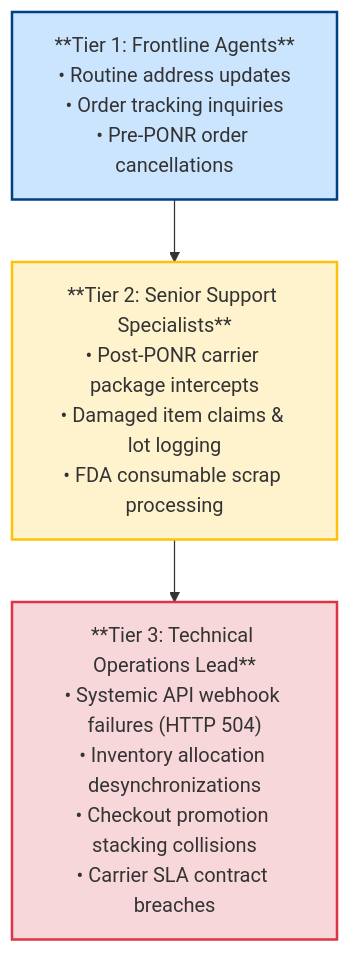
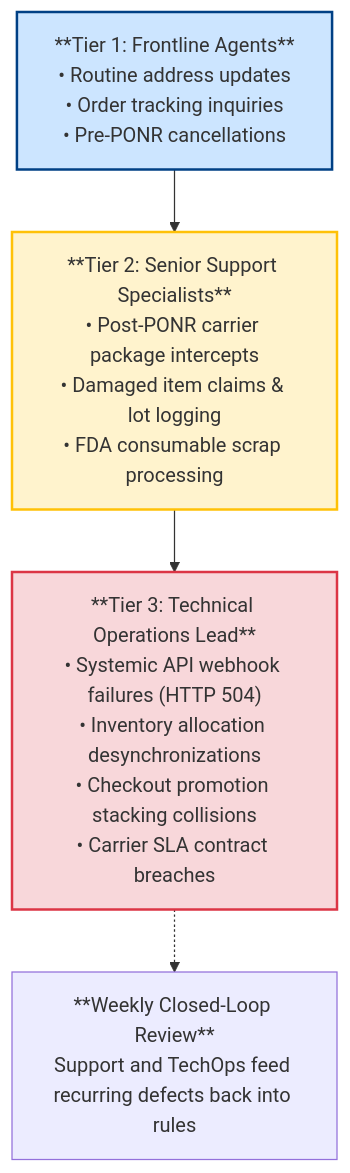
Before and after one commit to riovicsusas/portfolio: the third of 3 diagrams in domain-6-frontline-helpdesk/MasterDossier-Domain6-FrontlineHelpdeskAutomation.md, drawn with Mermaid. The commit also changed other lines of this file and 1 other file, not shown here.

````diff
--- a/domain-6-frontline-helpdesk/MasterDossier-Domain6-FrontlineHelpdeskAutomation.md
+++ b/domain-6-frontline-helpdesk/MasterDossier-Domain6-FrontlineHelpdeskAutomation.md
@@ -289,10 +331,11 @@
 ```mermaid
 flowchart TD
-    T1["**Tier 1: Frontline Agents**<br/>• Routine address updates<br/>• Order tracking inquiries<br/>• Pre-PONR order cancellations"] --> T2
+    T1["**Tier 1: Frontline Agents**<br/>• Routine address updates<br/>• Order tracking inquiries<br/>• Pre-PONR cancellations"] --> T2
     T2["**Tier 2: Senior Support Specialists**<br/>• Post-PONR carrier package intercepts<br/>• Damaged item claims & lot logging<br/>• FDA consumable scrap processing"] --> T3
     T3["**Tier 3: Technical Operations Lead**<br/>• Systemic API webhook failures (HTTP 504)<br/>• Inventory allocation desynchronizations<br/>• Checkout promotion stacking collisions<br/>• Carrier SLA contract breaches"]
+    T3 -.-> R["**Weekly Closed-Loop Review**<br/>Support and TechOps feed recurring defects back into rules"]
 
     style T1 fill:#cce5ff,stroke:#004085,stroke-width:2px;
     style T2 fill:#fff3cd,stroke:#ffc107,stroke-width:2px;
     style T3 fill:#f8d7da,stroke:#dc3545,stroke-width:2px;
 ```
````
